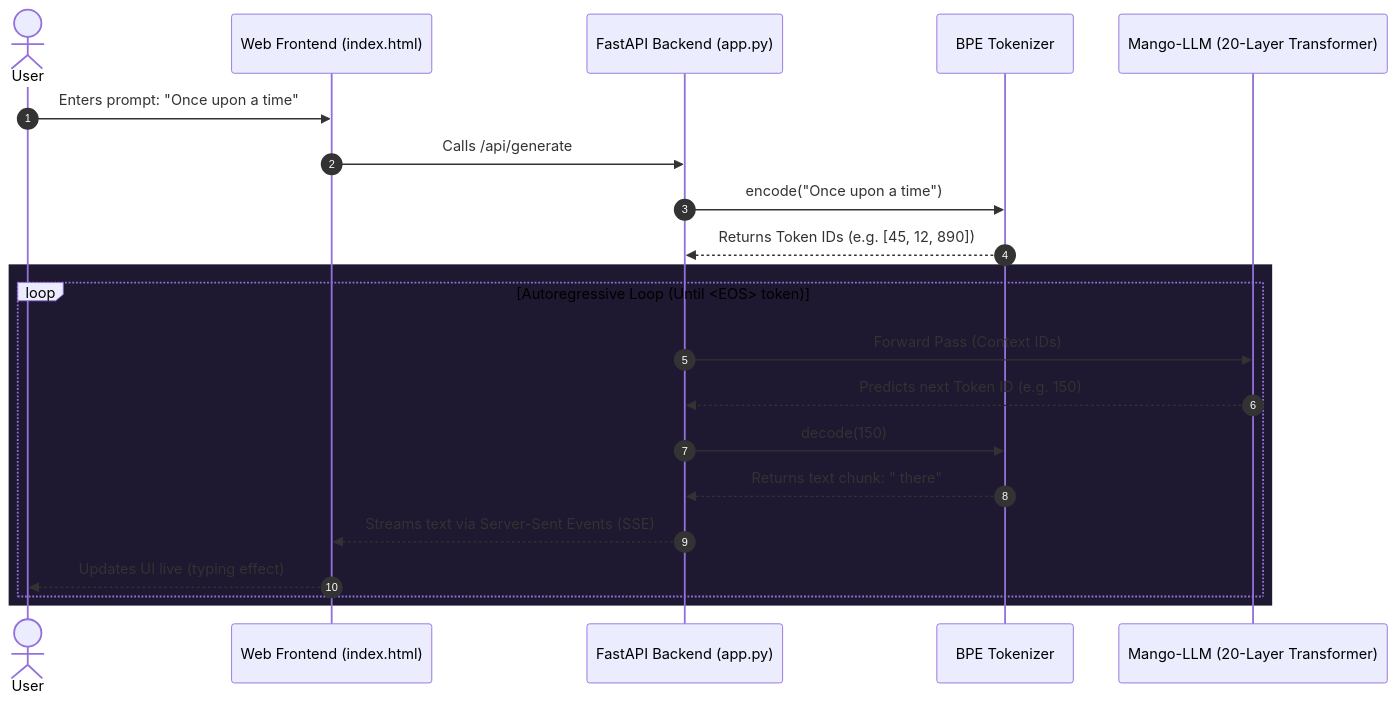
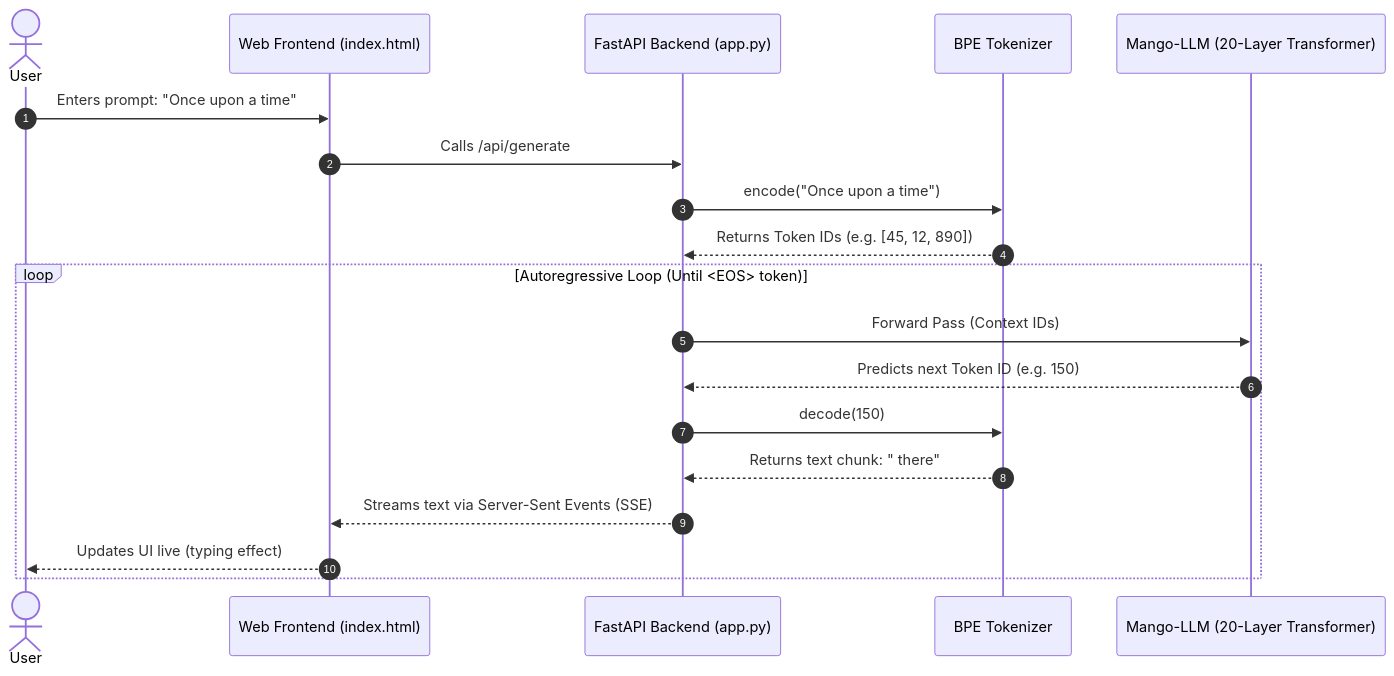
The first of 2 diagrams in README.md (Adarsh52236/Mango-LLM), drawn with Mermaid before and after one commit. The commit also changed other lines of this file, not shown here.

Commit message:
Fix README diagram readability and text

````diff
--- a/README.md
+++ b/README.md
@@ -39,25 +39,23 @@
 ```mermaid
 sequenceDiagram
     autonumber
     actor User
     participant UI as Web Frontend (index.html)
     participant API as FastAPI Backend (app.py)
     participant Tokenizer as BPE Tokenizer
     participant Model as Mango-LLM (20-Layer Transformer)
 
     User->>UI: Enters prompt: "Once upon a time"
     UI->>API: Calls /api/generate
     API->>Tokenizer: encode("Once upon a time")
     Tokenizer-->>API: Returns Token IDs (e.g. [45, 12, 890])
     
-    rect rgb(30, 24, 48)
     loop Autoregressive Loop (Until <EOS> token)
         API->>Model: Forward Pass (Context IDs)
         Model-->>API: Predicts next Token ID (e.g. 150)
         API->>Tokenizer: decode(150)
         Tokenizer-->>API: Returns text chunk: " there"
         API-->>UI: Streams text via Server-Sent Events (SSE)
         UI-->>User: Updates UI live (typing effect)
     end
-    end
 ```
````
